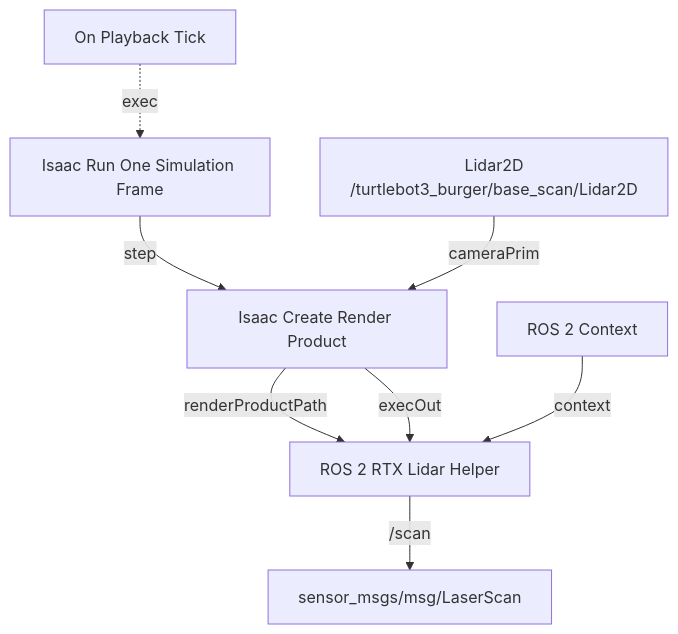
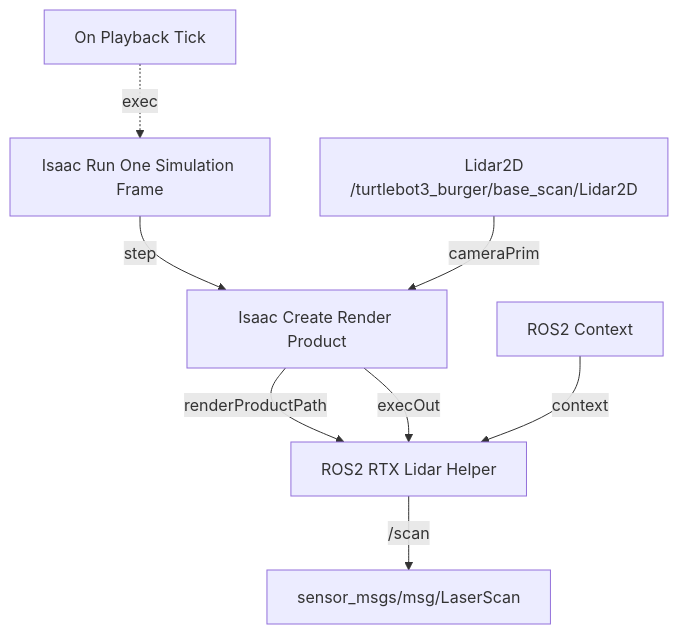
The eighth of 14 diagrams in _teaching/Robotics-Systems-I/labs/lab-03-isaac-sim/index.md (Tatwik19/Tatwik19.github.io), drawn with Mermaid before and after one commit. The commit also changed other lines of this file, not shown here.

````diff
--- a/_teaching/Robotics-Systems-I/labs/lab-03-isaac-sim/index.md
+++ b/_teaching/Robotics-Systems-I/labs/lab-03-isaac-sim/index.md
@@ -1615,10 +1634,10 @@
 ```mermaid
 flowchart TD
     Tick["On Playback Tick"] -.->|"exec"| Run["Isaac Run One Simulation Frame"]
     Run -->|"step"| Product["Isaac Create Render Product"]
     Lidar["Lidar2D<br/>/turtlebot3_burger/base_scan/Lidar2D"] -->|"cameraPrim"| Product
-    Product -->|"renderProductPath"| Helper["ROS 2 RTX Lidar Helper"]
-    Context["ROS 2 Context"] -->|"context"| Helper
+    Product -->|"renderProductPath"| Helper["ROS2 RTX Lidar Helper"]
+    Context["ROS2 Context"] -->|"context"| Helper
     Product -->|"execOut"| Helper
     Helper -->|"/scan"| Scan["sensor_msgs/msg/LaserScan"]
 ```
````
